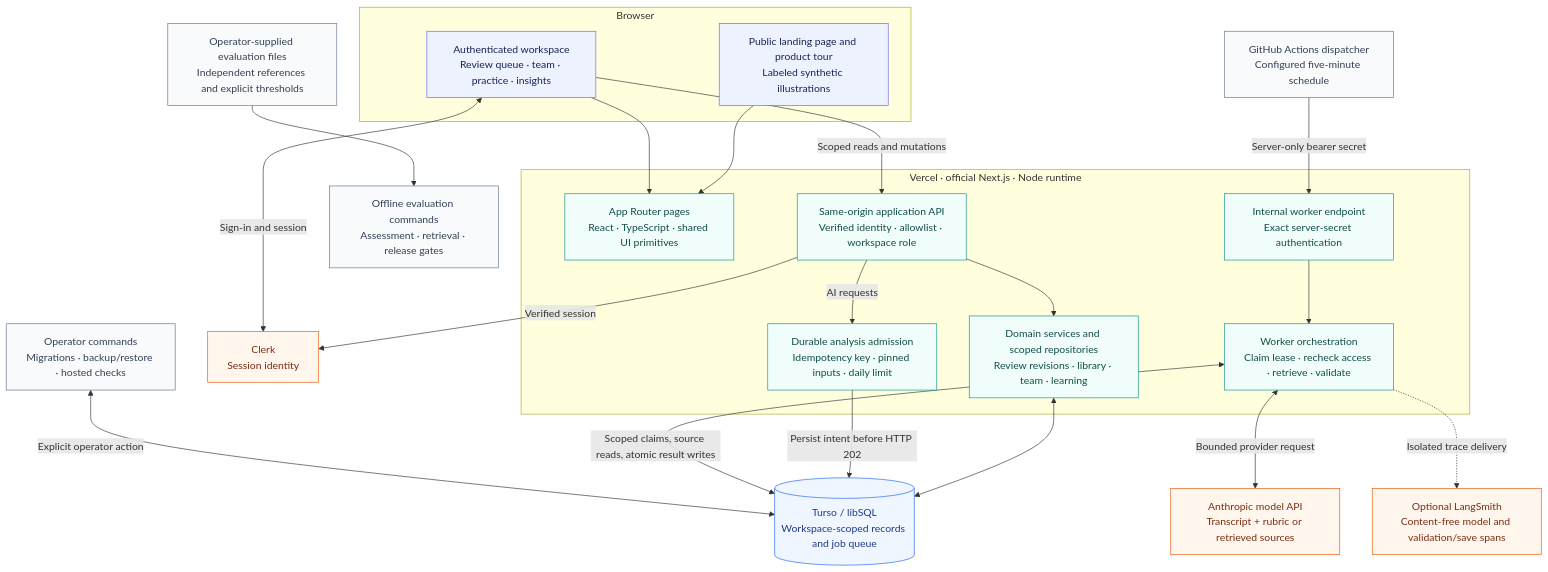
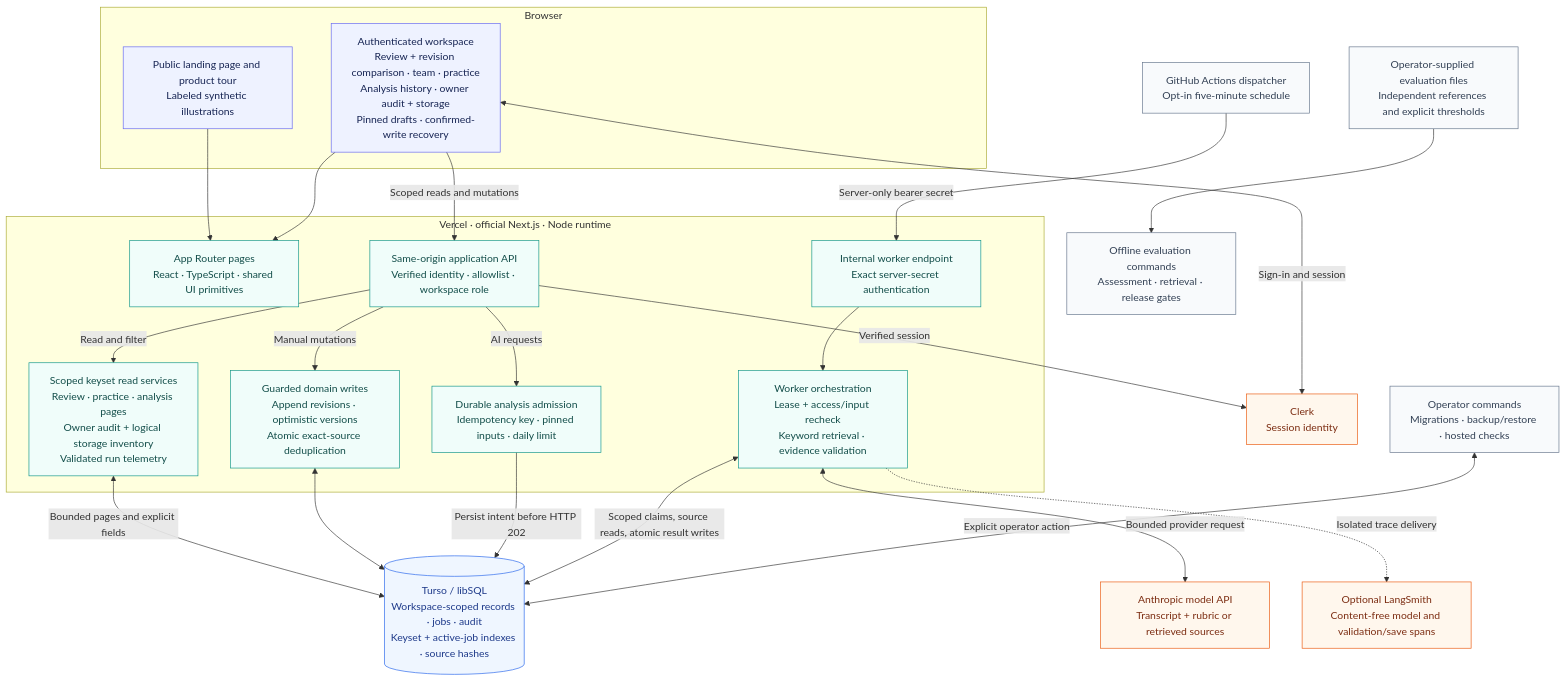
Before and after one commit to ChariPramod/consultiq: the first of 2 diagrams in docs/ARCHITECTURE.md, drawn with Mermaid. The commit also changed other lines of this file and 29 other files, not shown here.

First line of the commit message:
Refresh architecture and optimize history reads with owner audit timeline

````diff
--- a/docs/ARCHITECTURE.md
+++ b/docs/ARCHITECTURE.md
@@ -11,55 +11,58 @@
 ```mermaid
 flowchart TB
   accTitle: ConsultIQ overall architecture
-  accDescr: Browser workspace, authenticated Next.js API, workspace-scoped Turso storage, a separately dispatched analysis worker, model provider and isolated optional tracing.
+  accDescr: Browser review and revision comparison with draft recovery, an authenticated Next.js API with bounded queries and owner audit history, workspace-scoped Turso storage, separately dispatched analysis, and optional content-free tracing. Hosted credentials and acceptance remain deployment gates.
   subgraph Client[Browser]
     Public["Public landing page and product tour<br/>Labeled synthetic illustrations"]
-    UI["Authenticated workspace<br/>Review queue · team · practice · insights"]
+    UI["Authenticated workspace<br/>Review + revision comparison · team · practice<br/>Analysis history · owner audit + storage<br/>Pinned drafts · confirmed-write recovery"]
   end
 
   subgraph Vercel["Vercel · official Next.js · Node runtime"]
     Pages["App Router pages<br/>React · TypeScript · shared UI primitives"]
     API["Same-origin application API<br/>Verified identity · allowlist · workspace role"]
-    Domain["Domain services and scoped repositories<br/>Review revisions · library · team · learning"]
+    Reads["Scoped keyset read services<br/>Review · practice · analysis pages<br/>Owner audit + logical storage inventory<br/>Validated run telemetry"]
+    Domain["Guarded domain writes<br/>Append revisions · optimistic versions<br/>Atomic exact-source deduplication"]
     Queue["Durable analysis admission<br/>Idempotency key · pinned inputs · daily limit"]
     Endpoint["Internal worker endpoint<br/>Exact server-secret authentication"]
-    Worker["Worker orchestration<br/>Claim lease · recheck access · retrieve · validate"]
+    Worker["Worker orchestration<br/>Lease + access/input recheck<br/>Keyword retrieval · evidence validation"]
   end
 
   Clerk["Clerk<br/>Session identity"]
-  DB[("Turso / libSQL<br/>Workspace-scoped records and job queue")]
-  Scheduler["GitHub Actions dispatcher<br/>Configured five-minute schedule"]
+  DB[("Turso / libSQL<br/>Workspace-scoped records · jobs · audit<br/>Keyset + active-job indexes · source hashes")]
+  Scheduler["GitHub Actions dispatcher<br/>Opt-in five-minute schedule"]
   Claude["Anthropic model API<br/>Transcript + rubric or retrieved sources"]
   Traces["Optional LangSmith<br/>Content-free model and validation/save spans"]
   Ops["Operator commands<br/>Migrations · backup/restore · hosted checks"]
   Evals["Offline evaluation commands<br/>Assessment · retrieval · release gates"]
   Fixtures["Operator-supplied evaluation files<br/>Independent references and explicit thresholds"]
 
   Public --> Pages
   UI --> Pages
   UI <-->|Sign-in and session| Clerk
   UI -->|Scoped reads and mutations| API
   API -->|Verified session| Clerk
-  API --> Domain
+  API -->|Read and filter| Reads
+  Reads <-->|Bounded pages and explicit fields| DB
+  API -->|Manual mutations| Domain
   Domain <--> DB
   API -->|AI requests| Queue
   Queue -->|Persist intent before HTTP 202| DB
   Scheduler -->|Server-only bearer secret| Endpoint
   Endpoint --> Worker
   Worker <-->|Scoped claims, source reads, atomic result writes| DB
   Worker <-->|Bounded provider request| Claude
   Worker -.->|Isolated trace delivery| Traces
   Ops <-->|Explicit operator action| DB
   Fixtures --> Evals
 
   classDef client fill:#eef2ff,stroke:#6366f1,color:#172554
   classDef runtime fill:#f0fdfa,stroke:#0d9488,color:#134e4a
   classDef external fill:#fff7ed,stroke:#ea580c,color:#7c2d12
   classDef storage fill:#eff6ff,stroke:#2563eb,color:#1e3a8a
   classDef operator fill:#f8fafc,stroke:#64748b,color:#334155
   class Public,UI client
-  class Pages,API,Domain,Queue,Endpoint,Worker runtime
+  class Pages,API,Reads,Domain,Queue,Endpoint,Worker runtime
   class Clerk,Claude,Traces external
   class DB storage
   class Scheduler,Ops,Evals,Fixtures operator
 ```
````
